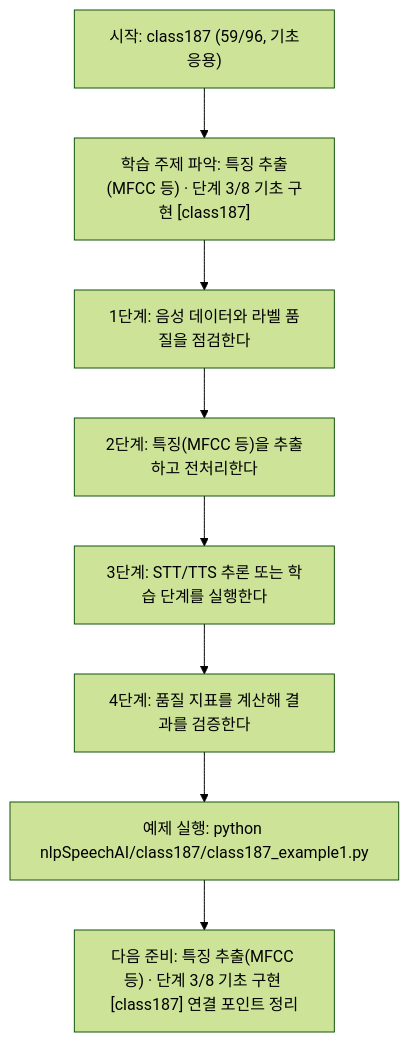
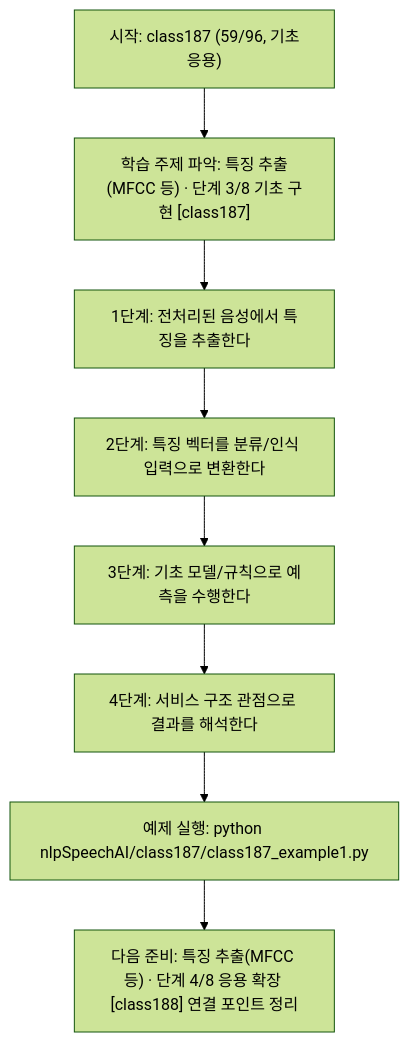
Before and after one commit to edumgt/Python-AI_Agent-Class: the diagram in nlpSpeechAI/class187/class187.md, drawn with Mermaid (forest theme). The commit also changed other lines of this file and 1122 other files, not shown here.

````diff
--- a/nlpSpeechAI/class187/class187.md
+++ b/nlpSpeechAI/class187/class187.md
@@ -114,18 +95,18 @@
 ```mermaid
 flowchart TD
 N1["시작: class187 (59/96, 기초응용)"]
 N2["학습 주제 파악: 특징 추출(MFCC 등) · 단계 3/8 기초 구현 [class187]"]
-N3["1단계: 음성 데이터와 라벨 품질을 점검한다"]
-N4["2단계: 특징(MFCC 등)을 추출하고 전처리한다"]
-N5["3단계: STT/TTS 추론 또는 학습 단계를 실행한다"]
-N6["4단계: 품질 지표를 계산해 결과를 검증한다"]
+N3["1단계: 전처리된 음성에서 특징을 추출한다"]
+N4["2단계: 특징 벡터를 분류/인식 입력으로 변환한다"]
+N5["3단계: 기초 모델/규칙으로 예측을 수행한다"]
+N6["4단계: 서비스 구조 관점으로 결과를 해석한다"]
 N7["예제 실행: python nlpSpeechAI/class187/class187_example1.py"]
-N8["다음 준비: 특징 추출(MFCC 등) · 단계 3/8 기초 구현 [class187] 연결 포인트 정리"]
+N8["다음 준비: 특징 추출(MFCC 등) · 단계 4/8 응용 확장 [class188] 연결 포인트 정리"]
 N1 --> N2
 N2 --> N3
 N3 --> N4
 N4 --> N5
 N5 --> N6
 N6 --> N7
 N7 --> N8
 ```
````
